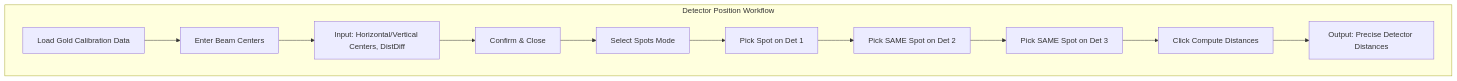
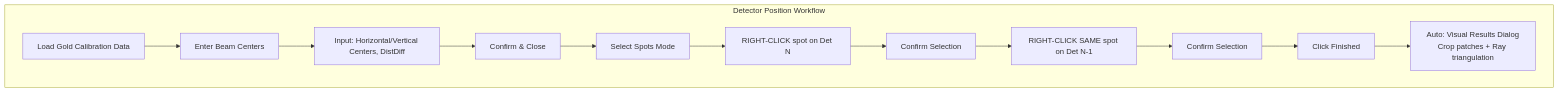
Before and after one commit to marinerhemant/MIDAS: the second of 3 diagrams in manuals/NF_Calibration.md, drawn with Mermaid. The commit also changed other lines of this file and 2 other files, not shown here.

Commit message:
docs: update NF_GUI, NF_Calibration, and gui README with right-click spot selection, auto-compute, visual results dialog, CalcMedian fixes, and box profile improvements

````diff
--- a/manuals/NF_Calibration.md
+++ b/manuals/NF_Calibration.md
@@ -126,14 +126,15 @@
  ```mermaid
  graph TD
      subgraph "Detector Position Workflow"
          Start[Load Gold Calibration Data] --> EnterBC[Enter Beam Centers]
          EnterBC --> InputBCs[Input: Horizontal/Vertical Centers, DistDiff]
          InputBCs --> ConfirmBC[Confirm & Close]
          ConfirmBC --> Select[Select Spots Mode]
-         Select --> Pick1[Pick Spot on Det 1]
-         Pick1 --> Pick2[Pick SAME Spot on Det 2]
-         Pick2 --> Pick3[Pick SAME Spot on Det 3]
-         Pick3 --> Compute[Click Compute Distances]
-         Compute --> Result[Output: Precise Detector Distances]
+         Select --> Pick1["RIGHT-CLICK spot on Det N"]
+         Pick1 --> Confirm1[Confirm Selection]
+         Confirm1 --> Pick2["RIGHT-CLICK SAME spot on Det N-1"]
+         Pick2 --> Confirm2[Confirm Selection]
+         Confirm2 --> Finished[Click Finished]
+         Finished --> Result["Auto: Visual Results Dialog<br>Crop patches + Ray triangulation"]
      end
  ```
````
